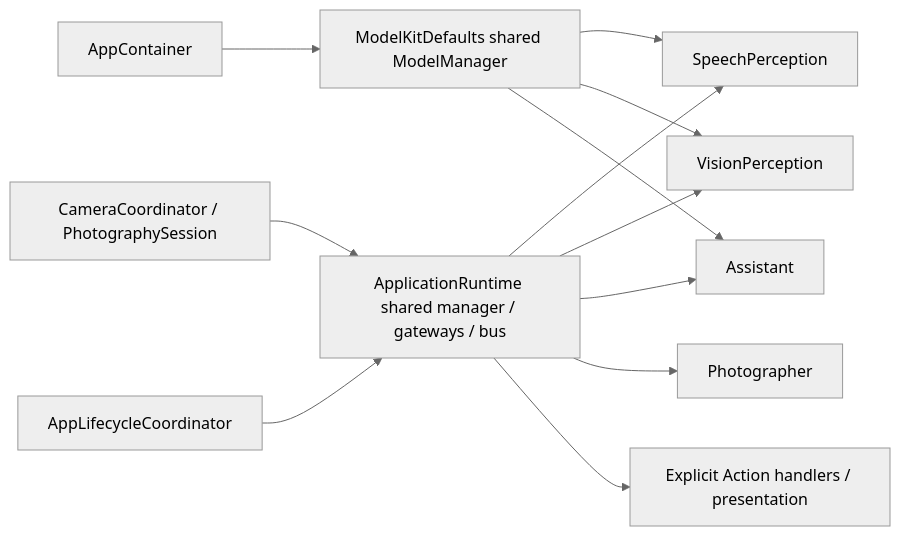
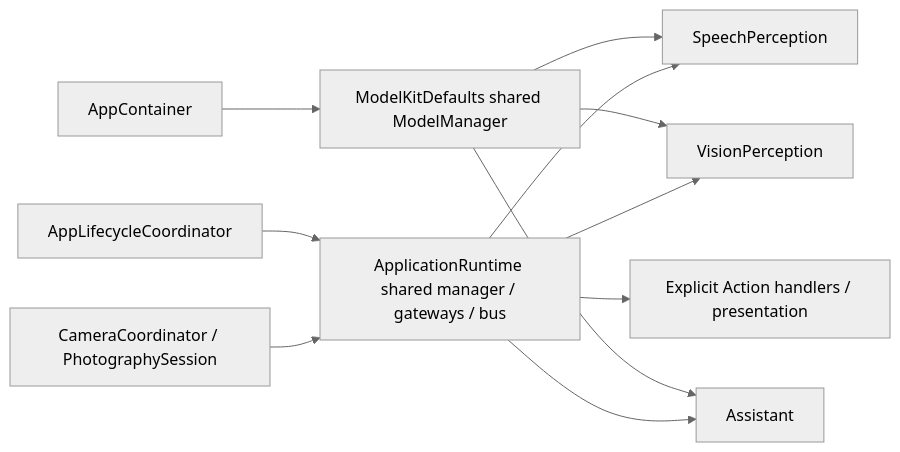
Before and after one commit to devilyouwei/MobileHarness: the diagram in MobileHarness/App/README.md, drawn with Mermaid (neutral theme). The commit also changed other lines of this file and 63 other files, not shown here.

````diff
--- a/MobileHarness/App/README.md
+++ b/MobileHarness/App/README.md
@@ -9,14 +9,13 @@
 ```mermaid
 flowchart LR
     Camera[CameraCoordinator / PhotographySession] --> Runtime[ApplicationRuntime shared manager / gateways / bus]
     Voice[AppLifecycleCoordinator] --> Runtime
     Runtime --> Speech[SpeechPerception]
     Runtime --> Vision[VisionPerception]
     Runtime --> Assistant
-    Runtime --> Photographer
     Runtime --> Handlers[Explicit Action handlers / presentation]
     Container[AppContainer] --> Models[ModelKitDefaults shared ModelManager]
     Models --> Speech
     Models --> Vision
     Models --> Assistant
 ```
````
